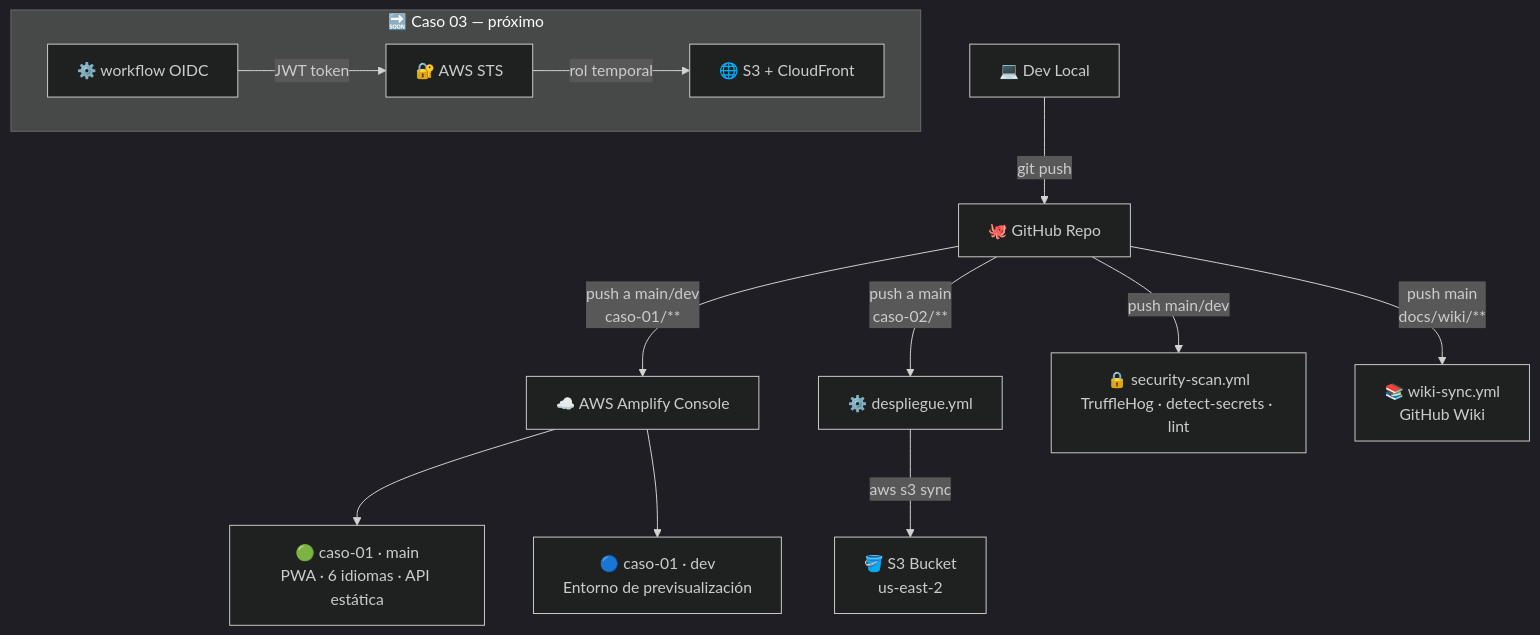
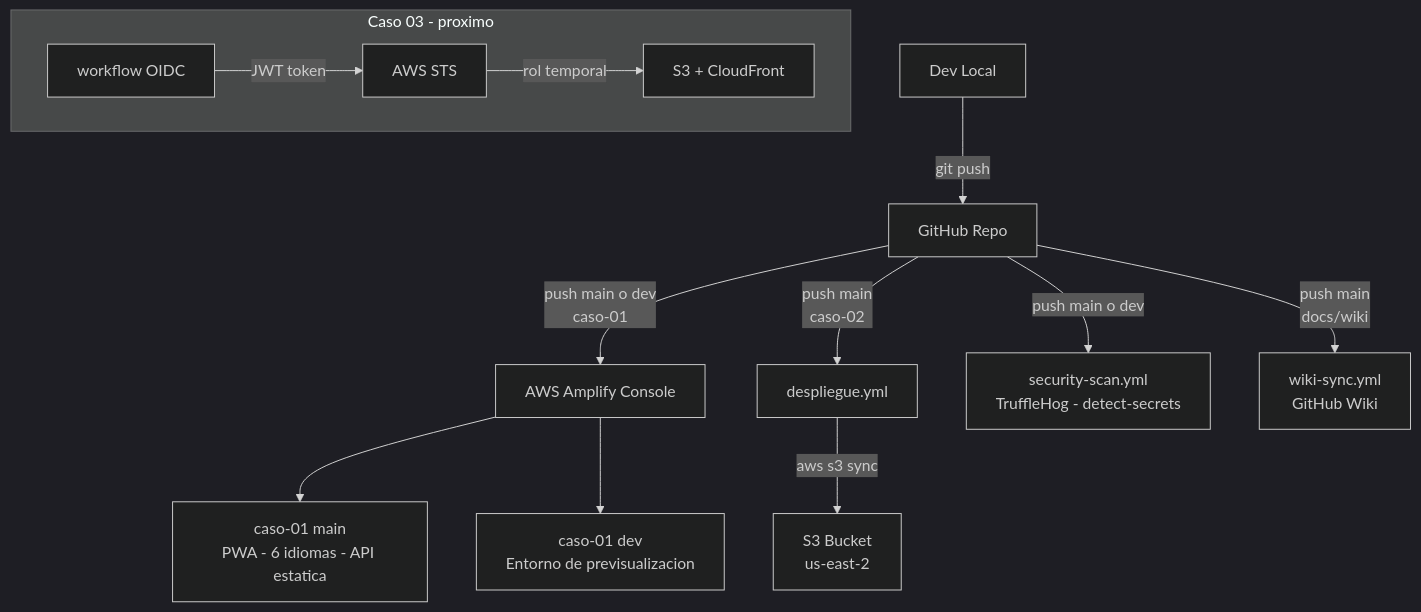
One commit to vladimiracunadev-create/proyectos-aws changed the first of 12 diagrams in README.md. Above: the diagram before and after it, drawn with Mermaid (dark theme). The commit also changed other lines of this file and 13 other files, not shown here.

First line of the commit message:
fix: corregir diagramas Mermaid + crear AWS_PASO_A_PASO para casos 01 y 02

````diff
--- a/README.md
+++ b/README.md
@@ -72,19 +72,19 @@
 ```mermaid
 flowchart TD
-    dev[💻 Dev Local] -->|git push| GH[🐙 GitHub Repo]
+    DEV[Dev Local] -->|git push| GH[GitHub Repo]
 
-    GH -->|push a main/dev\ncaso-01/**| AMP[☁️ AWS Amplify Console]
-    AMP --> PROD[🟢 caso-01 · main\nPWA · 6 idiomas · API estática]
-    AMP --> DEV_ENV[🔵 caso-01 · dev\nEntorno de previsualización]
+    GH -->|push main o dev\ncaso-01| AMP[AWS Amplify Console]
+    AMP --> PROD[caso-01 main\nPWA - 6 idiomas - API estatica]
+    AMP --> DEV_ENV[caso-01 dev\nEntorno de previsualizacion]
 
-    GH -->|push a main\ncaso-02/**| WF2[⚙️ despliegue.yml]
-    WF2 -->|aws s3 sync| S3[🪣 S3 Bucket\nus-east-2]
+    GH -->|push main\ncaso-02| WF2[despliegue.yml]
+    WF2 -->|aws s3 sync| S3[S3 Bucket\nus-east-2]
 
-    GH -->|push main/dev| SEC[🔒 security-scan.yml\nTruffleHog · detect-secrets · lint]
-    GH -->|push main\ndocs/wiki/**| WKI[📚 wiki-sync.yml\nGitHub Wiki]
+    GH -->|push main o dev| SEC[security-scan.yml\nTruffleHog - detect-secrets]
+    GH -->|push main\ndocs/wiki| WKI[wiki-sync.yml\nGitHub Wiki]
 
-    subgraph "🔜 Caso 03 — próximo"
-        WF3[⚙️ workflow OIDC] -->|JWT token| STS[🔐 AWS STS]
-        STS -->|rol temporal| CDN[🌐 S3 + CloudFront]
+    subgraph Caso03[Caso 03 - proximo]
+        WF3[workflow OIDC] -->|JWT token| STS[AWS STS]
+        STS -->|rol temporal| CDN[S3 + CloudFront]
     end
 ```
````
